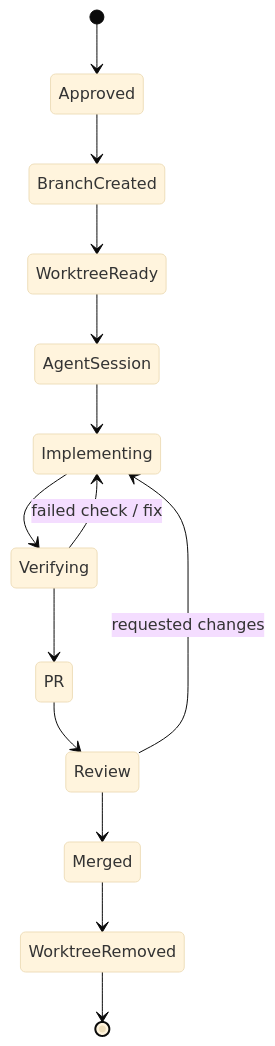
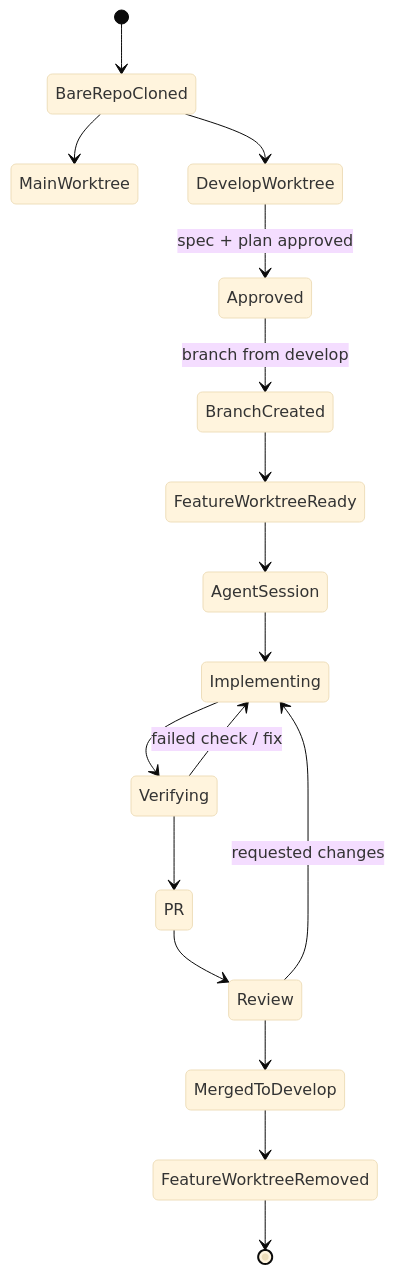
The diagram in diagrams/worktree-flow.md (prishanf/AI-Development-Framework), drawn with Mermaid (base theme) before and after one commit. The commit also changed other lines of this file and 22 other files, not shown here.

````diff
--- a/diagrams/worktree-flow.md
+++ b/diagrams/worktree-flow.md
@@ -3,16 +5,19 @@
 ```mermaid
 stateDiagram-v2
-    [*] --> Approved
-    Approved --> BranchCreated
-    BranchCreated --> WorktreeReady
-    WorktreeReady --> AgentSession
+    [*] --> BareRepoCloned
+    BareRepoCloned --> MainWorktree
+    BareRepoCloned --> DevelopWorktree
+    DevelopWorktree --> Approved: spec + plan approved
+    Approved --> BranchCreated: branch from develop
+    BranchCreated --> FeatureWorktreeReady
+    FeatureWorktreeReady --> AgentSession
     AgentSession --> Implementing
     Implementing --> Verifying
     Verifying --> Implementing: failed check / fix
     Verifying --> PR
     PR --> Review
     Review --> Implementing: requested changes
-    Review --> Merged
-    Merged --> WorktreeRemoved
-    WorktreeRemoved --> [*]
+    Review --> MergedToDevelop
+    MergedToDevelop --> FeatureWorktreeRemoved
+    FeatureWorktreeRemoved --> [*]
 ```
````
